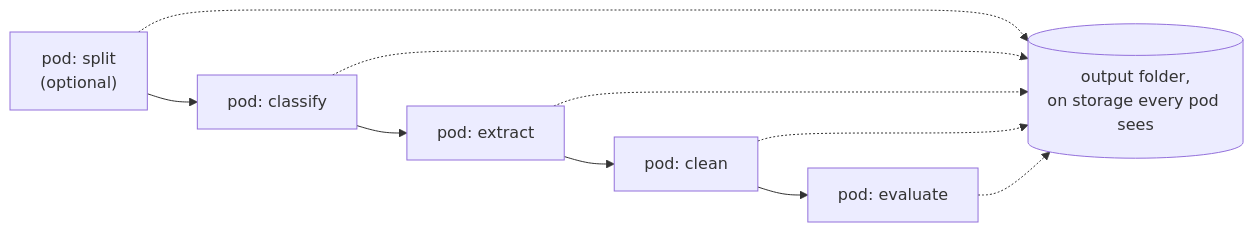
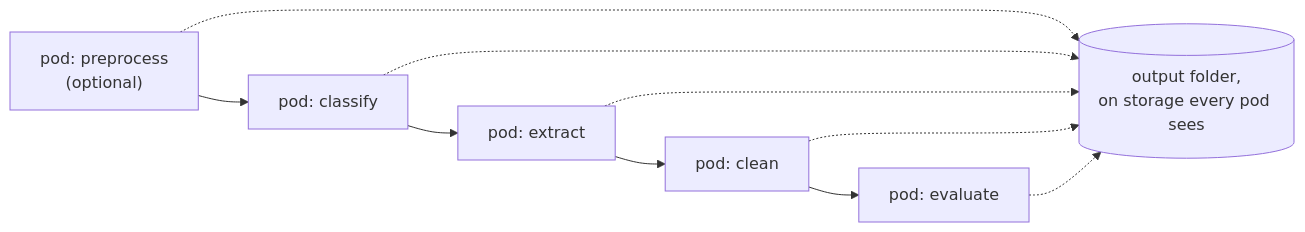
The third of 3 diagrams in README.md (tmnestor/Doc_Extraction_Pipeline), drawn with Mermaid before and after one commit. The commit also changed other lines of this file and 34 other files, not shown here.

````diff
--- a/README.md
+++ b/README.md
@@ -364,12 +368,12 @@
 ```mermaid
 flowchart LR
-  P1["pod: split<br/>(optional)"] --> P2["pod: classify"]
+  P1["pod: preprocess<br/>(optional)"] --> P2["pod: classify"]
   P2 --> P3["pod: extract"]
   P3 --> P4["pod: clean"]
   P4 --> P5["pod: evaluate"]
   P1 -.-> O[("output folder,<br/>on storage every pod sees")]
   P2 -.-> O
   P3 -.-> O
   P4 -.-> O
   P5 -.-> O
 ```
````
